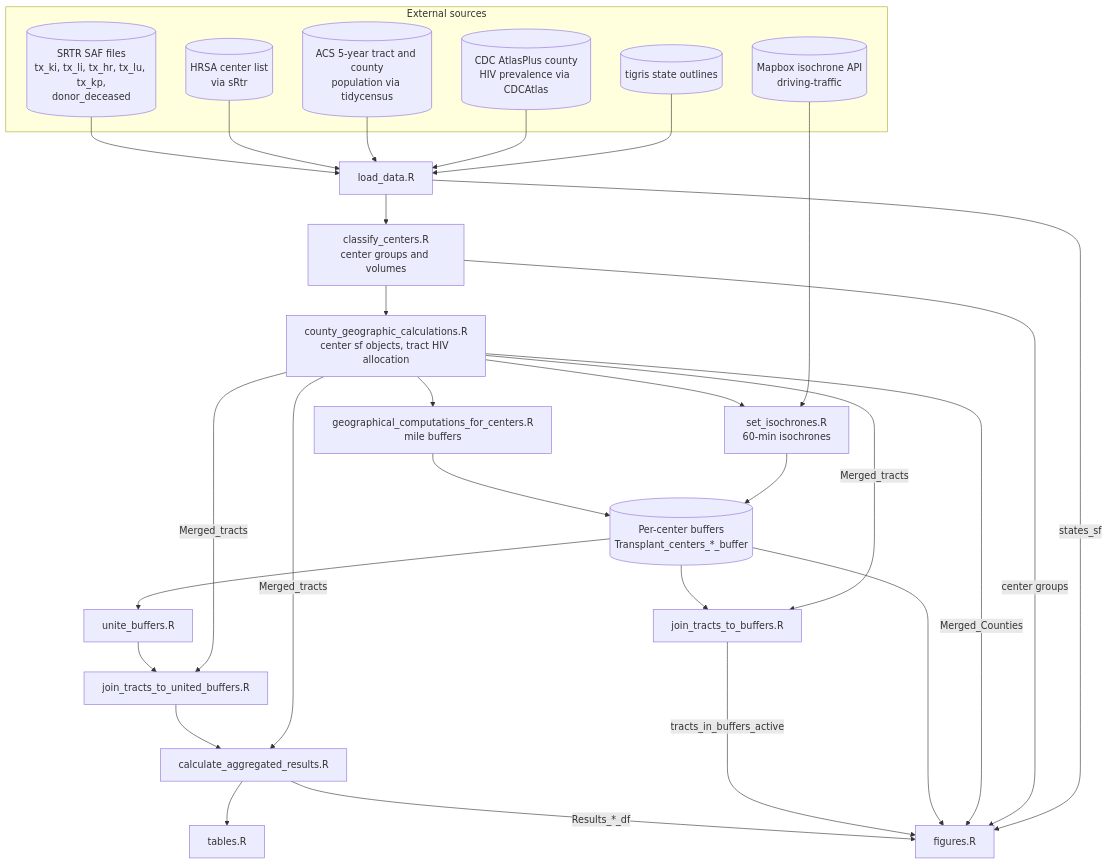
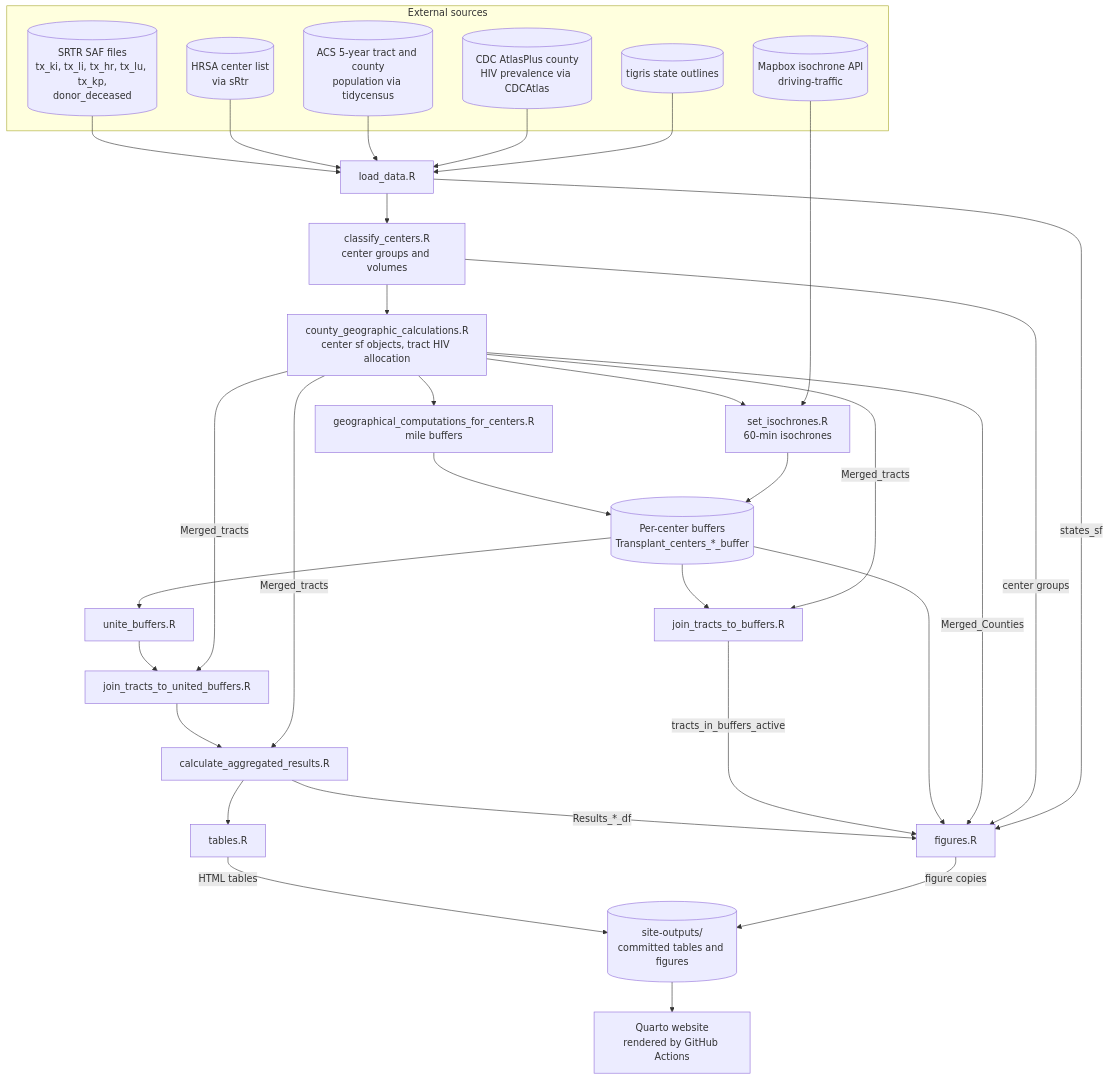
One commit to VagishHemmige/HOPE-CDC-analysis-2026 changed the first of 4 diagrams in ARCHITECTURE.md. Above: the diagram before and after it, drawn with Mermaid. The commit also changed other lines of this file, not shown here.

First line of the commit message:
Refresh ARCHITECTURE.md for the site restructure

````diff
--- a/ARCHITECTURE.md
+++ b/ARCHITECTURE.md
@@ -49,43 +52,49 @@
 ```mermaid
 flowchart TD
     subgraph EXT["External sources"]
         SRTR[("SRTR SAF files<br/>tx_ki, tx_li, tx_hr, tx_lu, tx_kp,<br/>donor_deceased")]
         HRSA[("HRSA center list<br/>via sRtr")]
         ACS[("ACS 5-year tract and county<br/>population via tidycensus")]
         ATLAS[("CDC AtlasPlus county<br/>HIV prevalence via CDCAtlas")]
         MB[("Mapbox isochrone API<br/>driving-traffic")]
         TIG[("tigris state outlines")]
     end
 
     LOAD["load_data.R"]
     CLASS["classify_centers.R<br/>center groups and volumes"]
     COUNTY["county_geographic_calculations.R<br/>center sf objects, tract HIV allocation"]
     BUF["geographical_computations_for_centers.R<br/>mile buffers"]
     ISO["set_isochrones.R<br/>60-min isochrones"]
     PCB[("Per-center buffers<br/>Transplant_centers_*_buffer")]
     UNITE["unite_buffers.R"]
     JUN["join_tracts_to_united_buffers.R"]
     AGG["calculate_aggregated_results.R"]
     TAB["tables.R"]
     JIND["join_tracts_to_buffers.R"]
     FIG["figures.R"]
+    SO[("site-outputs/<br/>committed tables and figures")]
+    SITE["Quarto website<br/>rendered by GitHub Actions"]
 
     SRTR & HRSA & ACS & ATLAS & TIG --> LOAD
     LOAD --> CLASS --> COUNTY
     COUNTY --> BUF & ISO
     MB --> ISO
     BUF & ISO --> PCB
 
     PCB --> UNITE --> JUN --> AGG --> TAB
     PCB --> JIND
     COUNTY -->|Merged_tracts| JUN
     COUNTY -->|Merged_tracts| JIND
     COUNTY -->|Merged_tracts| AGG
 
     AGG -->|"Results_*_df"| FIG
     JIND -->|tracts_in_buffers_active| FIG
     PCB --> FIG
     COUNTY -->|Merged_Counties| FIG
     CLASS -->|center groups| FIG
     LOAD -->|states_sf| FIG
+
+    TAB -->|HTML tables| SO
+    FIG -->|figure copies| SO
+    SO --> SITE
 ```
````
